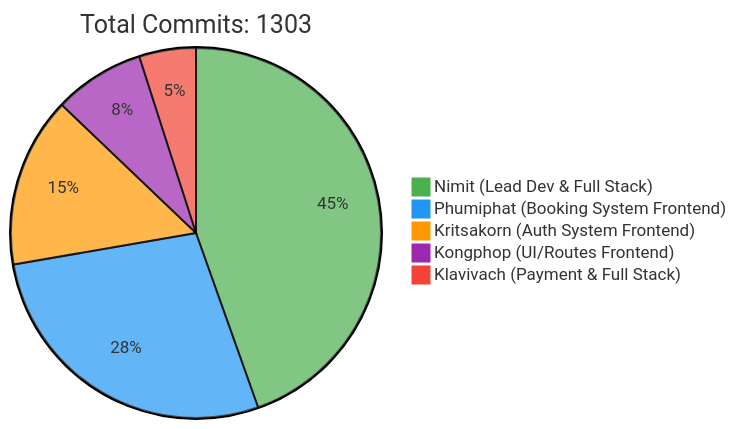
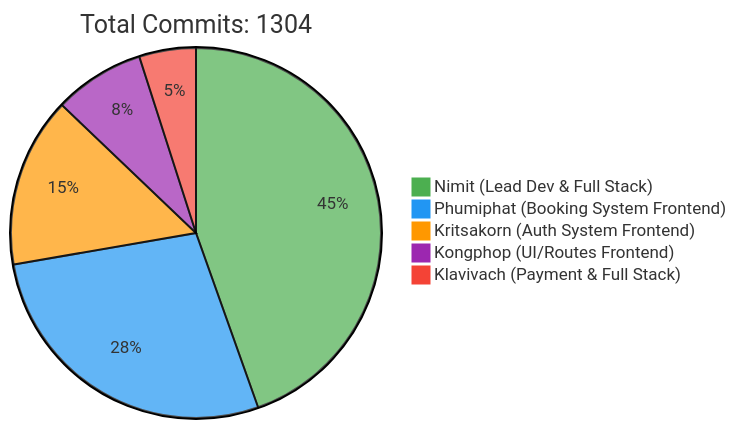
One commit to 6531503042/Sport-Complex changed the first of 2 diagrams in README.md. Above: the diagram before and after it, drawn with Mermaid. The commit also changed other lines of this file, not shown here.

Commit message:
docs: Update contributor statistics [skip ci]

````diff
--- a/README.md
+++ b/README.md
@@ -257,10 +257,10 @@
 ```mermaid
 %%{init: {'theme': 'base', 'themeVariables': { 'pie1': '#4CAF50', 'pie2': '#2196F3', 'pie3': '#FF9800', 'pie4': '#9C27B0', 'pie5': '#F44336'}}}%%
 pie
-    title Total Commits: 1303
+    title Total Commits: 1304
     "Nimit (Lead Dev & Full Stack)" : 450
     "Phumiphat (Booking System Frontend)" : 280
     "Kritsakorn (Auth System Frontend)" : 150
     "Kongphop (UI/Routes Frontend)" : 80
     "Klavivach (Payment & Full Stack)" : 50
 ```
````
